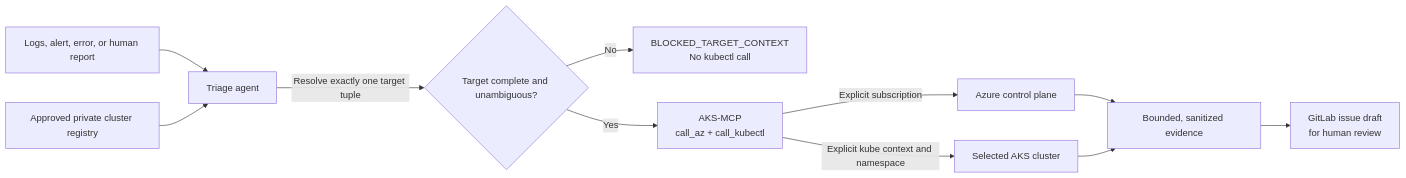
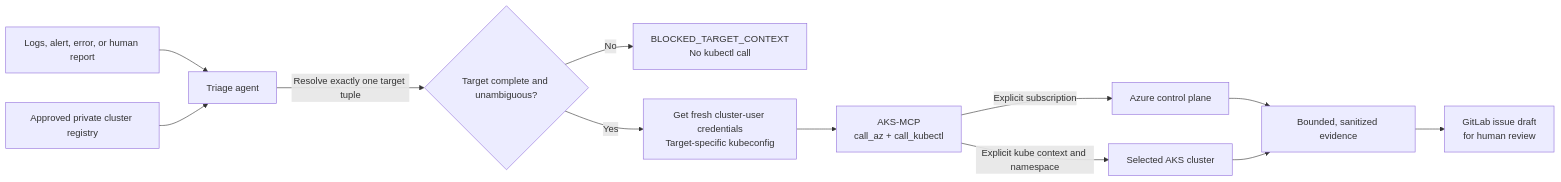
The diagram in agents/kagent-triage/aks-multi-subscription-triage/README.md (davidmarkgardiner/kagent-public), drawn with Mermaid before and after one commit. The commit also changed other lines of this file and 3 other files, not shown here.

Commit message:
fix: acquire AKS credentials per triage target

````diff
--- a/agents/kagent-triage/aks-multi-subscription-triage/README.md
+++ b/agents/kagent-triage/aks-multi-subscription-triage/README.md
@@ -23,13 +28,14 @@
 ```mermaid
 flowchart LR
     I[Logs, alert, error, or human report] --> A[Triage agent]
     R[Approved private cluster registry] --> A
     A -->|Resolve exactly one target tuple| G{Target complete and unambiguous?}
     G -->|No| B[BLOCKED_TARGET_CONTEXT\nNo kubectl call]
-    G -->|Yes| M[AKS-MCP\ncall_az + call_kubectl]
+    G -->|Yes| C[Get fresh cluster-user credentials\nTarget-specific kubeconfig]
+    C --> M[AKS-MCP\ncall_az + call_kubectl]
     M -->|Explicit subscription| AZ[Azure control plane]
     M -->|Explicit kube context and namespace| K8S[Selected AKS cluster]
     AZ --> E[Bounded, sanitized evidence]
     K8S --> E
     E --> T[GitLab issue draft\nfor human review]
 ```
````
